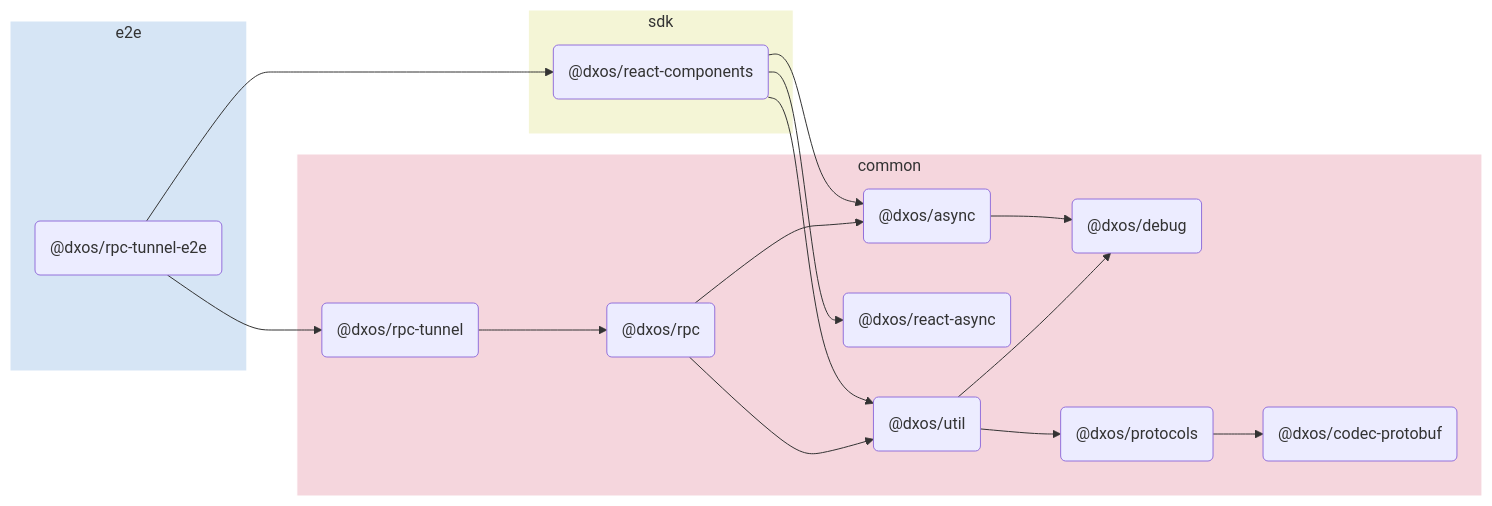
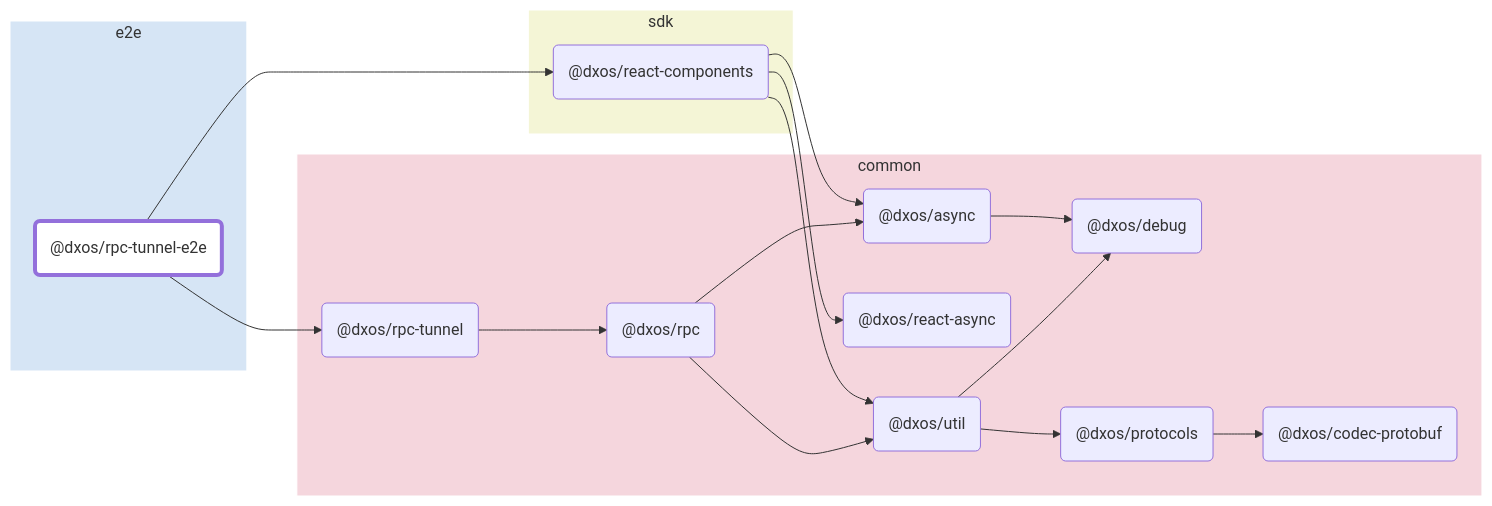
The diagram in e2e/rpc-tunnel/docs/README.md (dxos/dxos), drawn with Mermaid before and after one commit. The commit also changed other lines of this file and 88 other files, not shown here.

````diff
--- a/e2e/rpc-tunnel/docs/README.md
+++ b/e2e/rpc-tunnel/docs/README.md
@@ -5,38 +7,50 @@
 ```mermaid
 flowchart LR;
+
+style dxos/rpc-tunnel-e2e fill:#fff,stroke-width:4px;
+
+click dxos/async "https:/github.com/dxos/dxos/tree/main/packages/common/async/docs";
+click dxos/debug "https:/github.com/dxos/dxos/tree/main/packages/common/debug/docs";
+click dxos/codec-protobuf "https:/github.com/dxos/dxos/tree/main/packages/common/codec-protobuf/docs";
+click dxos/protocols "https:/github.com/dxos/dxos/tree/main/packages/common/protocols/docs";
+click dxos/react-async "https:/github.com/dxos/dxos/tree/main/packages/common/react-async/docs";
+click dxos/react-components "https:/github.com/dxos/dxos/tree/main/packages/sdk/react-components/docs";
+click dxos/util "https:/github.com/dxos/dxos/tree/main/packages/common/util/docs";
+click dxos/rpc "https:/github.com/dxos/dxos/tree/main/packages/common/rpc/docs";
+click dxos/rpc-tunnel "https:/github.com/dxos/dxos/tree/main/packages/common/rpc-tunnel/docs";
 
 subgraph e2e
   style e2e fill:#d6e5f5,stroke:#fff;
   dxos/rpc-tunnel-e2e("@dxos/rpc-tunnel-e2e");
 end
 
 subgraph common
   style common fill:#f5d6dd,stroke:#fff;
   dxos/async("@dxos/async");
   dxos/debug("@dxos/debug");
   dxos/codec-protobuf("@dxos/codec-protobuf");
   dxos/protocols("@dxos/protocols");
   dxos/react-async("@dxos/react-async");
   dxos/util("@dxos/util");
   dxos/rpc("@dxos/rpc");
   dxos/rpc-tunnel("@dxos/rpc-tunnel");
 end
 
 subgraph sdk
   style sdk fill:#f4f5d6,stroke:#fff;
   dxos/react-components("@dxos/react-components");
 end
 
 dxos/async --> dxos/debug;
 dxos/protocols --> dxos/codec-protobuf;
 dxos/rpc-tunnel-e2e --> dxos/react-components;
 dxos/react-components --> dxos/async;
 dxos/react-components --> dxos/react-async;
 dxos/react-components --> dxos/util;
 dxos/util --> dxos/debug;
 dxos/util --> dxos/protocols;
 dxos/rpc --> dxos/async;
 dxos/rpc --> dxos/util;
 dxos/rpc-tunnel-e2e --> dxos/rpc-tunnel;
 dxos/rpc-tunnel --> dxos/rpc;
 ```
````
